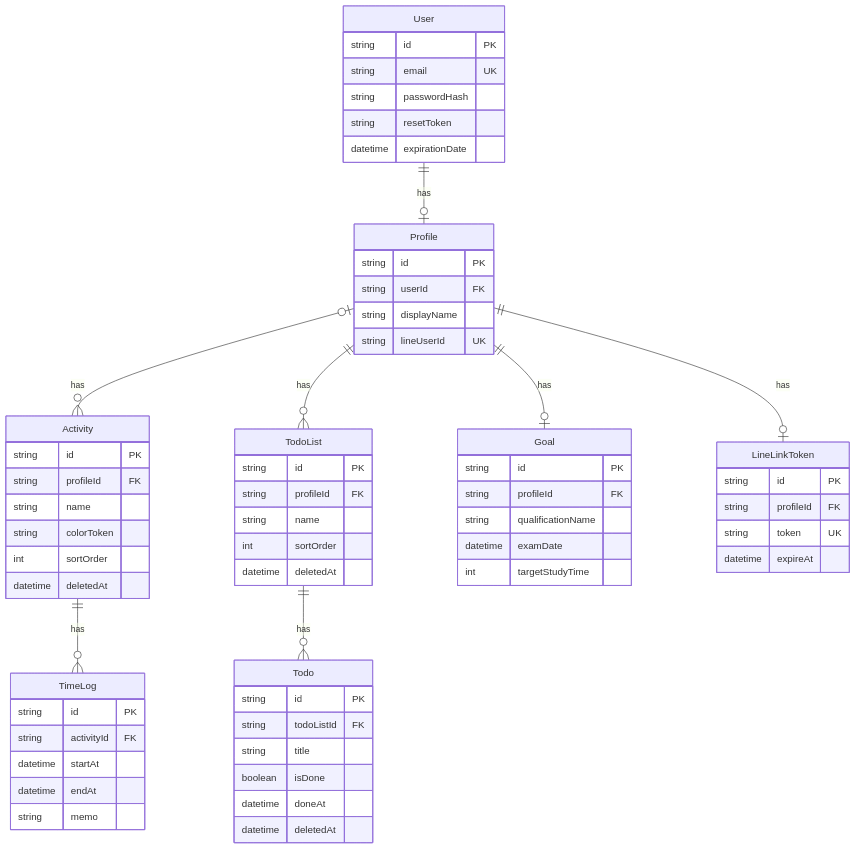
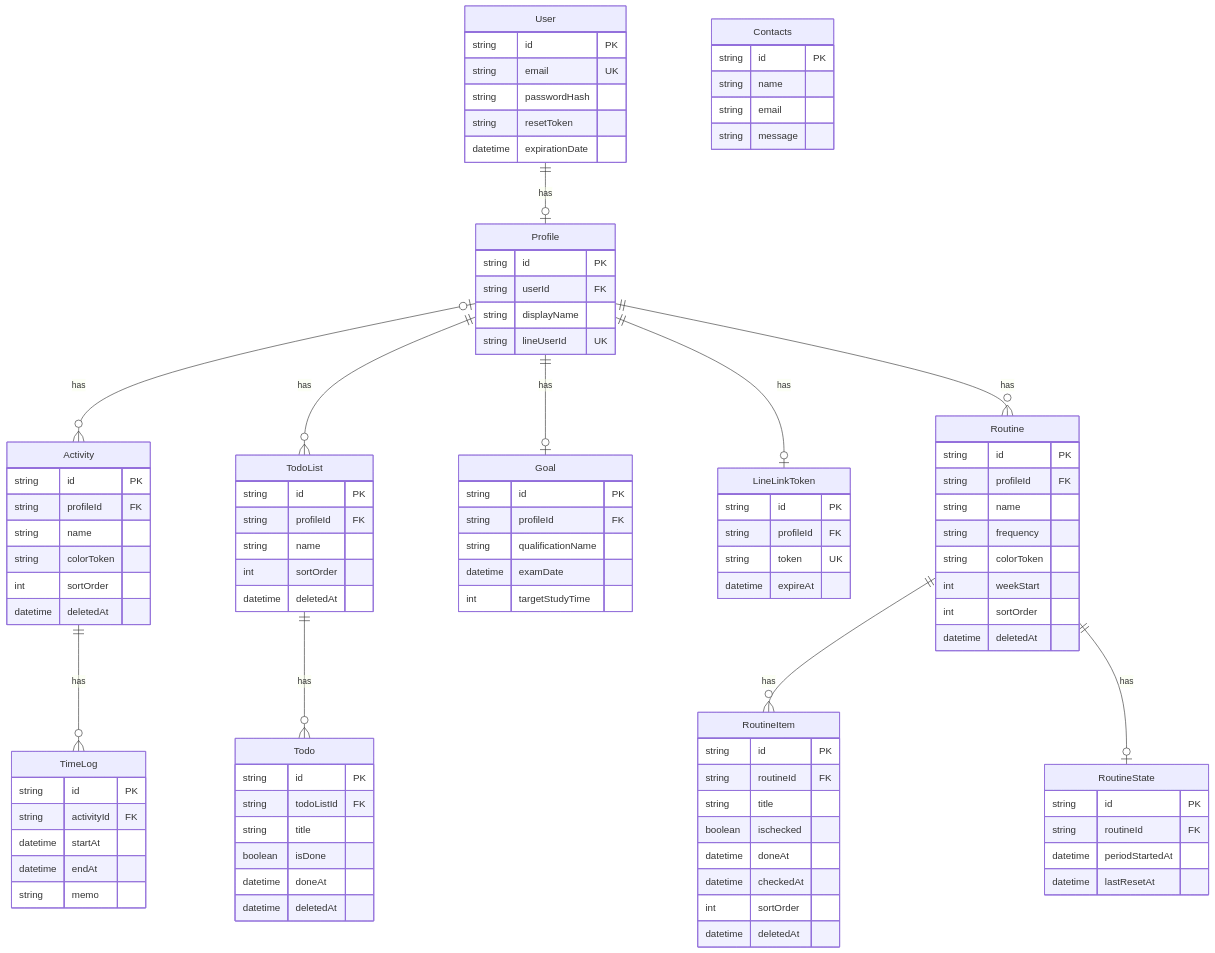
The second of 2 diagrams in README.md (mizunatoma/onetrack-v2-ec2), drawn with Mermaid before and after one commit. The commit also changed other lines of this file and 3 other files, not shown here.

````diff
--- a/README.md
+++ b/README.md
@@ -159,8 +147,11 @@
   Profile ||--o{ TodoList : has
   Profile ||--o| Goal : has
   Profile ||--o| LineLinkToken : has
+  Profile ||--o{ Routine : has
   Activity ||--o{ TimeLog : has
   TodoList ||--o{ Todo : has
+  Routine ||--o{ RoutineItem : has
+  Routine ||--o| RoutineState : has
 
   User {
     string id PK
@@ -218,4 +209,36 @@
     string token UK
     datetime expireAt
   }
+  Routine {
+    string id PK
+    string profileId FK
+    string name
+    string frequency
+    string colorToken
+    int weekStart
+    int sortOrder
+    datetime deletedAt
+  }
+  RoutineItem {
+    string id PK
+    string routineId FK
+    string title
+    boolean ischecked
+    datetime doneAt
+    datetime checkedAt
+    int sortOrder
+    datetime deletedAt
+  }
+  RoutineState {
+    string id PK
+    string routineId FK
+    datetime periodStartedAt
+    datetime lastResetAt
+  }
+  Contacts {
+    string id PK
+    string name
+    string email
+    string message
+  }
 ```
````
